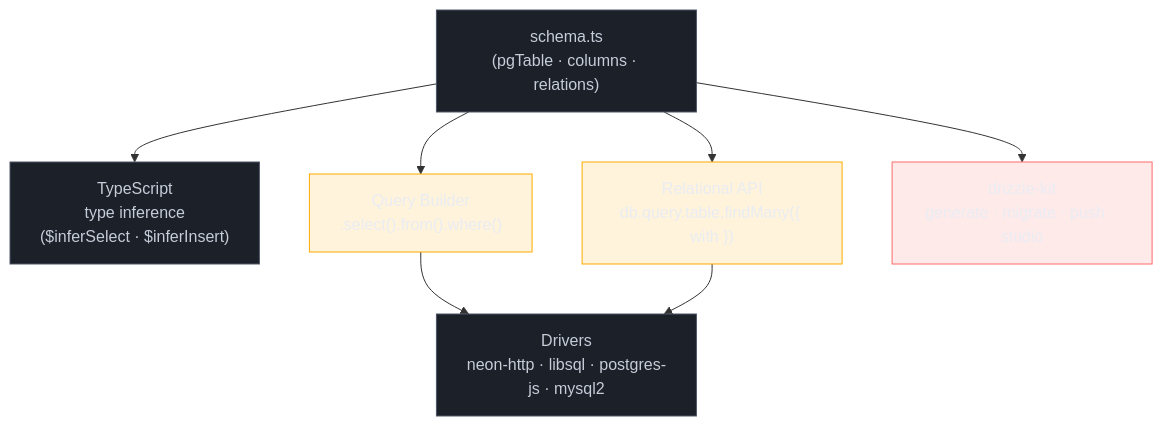
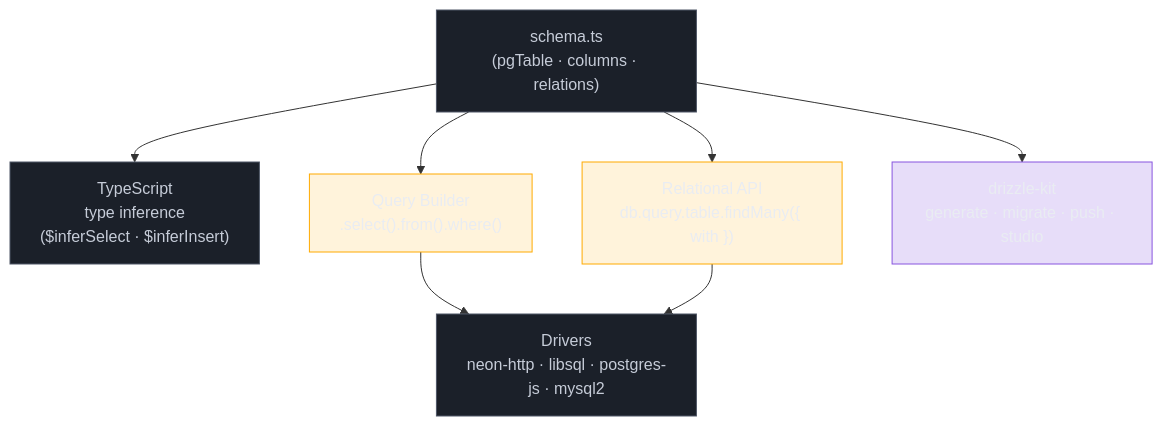
One commit to josenaldo/codex-technomanticus changed the diagram in 03-Dominios/Tecnologia/Node/ORMs e banco de dados/05 - Drizzle - ORM lightweight e type-safe.md. Above: the diagram before and after it, drawn with Mermaid. The commit also changed 601 other files, not shown here.

````diff
--- a/03-Dominios/Tecnologia/Node/ORMs e banco de dados/05 - Drizzle - ORM lightweight e type-safe.md
+++ b/03-Dominios/Tecnologia/Node/ORMs e banco de dados/05 - Drizzle - ORM lightweight e type-safe.md
@@ -27,26 +27,26 @@
 ```mermaid
 flowchart TD
+    classDef marca fill:#8855DF33,stroke:#8855DF,color:#E9ECF2
     classDef neutro fill:#1B2029,stroke:#4E5666,color:#C6CCD8
     classDef destaque fill:#FFAA0024,stroke:#FFAA00,color:#E9ECF2
-    classDef falha fill:#FF6B6B24,stroke:#FF6B6B,color:#E9ECF2
     SCHEMA["schema.ts\n(pgTable · columns · relations)"]
     TYPES["TypeScript\ntype inference\n($inferSelect · $inferInsert)"]
     QB["Query Builder\n.select().from().where()"]
     RQAPI["Relational API\ndb.query.table.findMany({ with })"]
     DK["drizzle-kit\ngenerate · migrate · push · studio"]
     DRIVERS["Drivers\nneon-http · libsql · postgres-js · mysql2"]
 
     SCHEMA --> TYPES
     SCHEMA --> QB
     SCHEMA --> RQAPI
     SCHEMA --> DK
     QB --> DRIVERS
     RQAPI --> DRIVERS
 
     class SCHEMA neutro
     class TYPES neutro
     class QB destaque
     class RQAPI destaque
-    class DK falha
+    class DK marca
     class DRIVERS neutro
 ```
````
